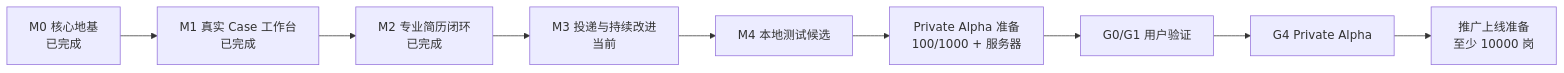
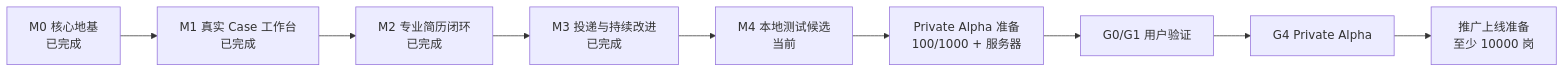
Before and after one commit to CodeVoyager21932/Aijob: the diagram in docs/06-mvp-roadmap.md, drawn with Mermaid. The commit also changed other lines of this file and 6 other files, not shown here.

```diff
--- a/docs/06-mvp-roadmap.md
+++ b/docs/06-mvp-roadmap.md
@@ -38,11 +35,11 @@
 ~~~mermaid
 flowchart LR
     M0["M0 核心地基<br/>已完成"] --> M1["M1 真实 Case 工作台<br/>已完成"]
     M1 --> M2["M2 专业简历闭环<br/>已完成"]
-    M2 --> M3["M3 投递与持续改进<br/>当前"]
-    M3 --> M4["M4 本地测试候选"]
+    M2 --> M3["M3 投递与持续改进<br/>已完成"]
+    M3 --> M4["M4 本地测试候选<br/>当前"]
     M4 --> A["Private Alpha 准备<br/>100/1000 + 服务器"]
     A --> V["G0/G1 用户验证"]
     V --> G4["G4 Private Alpha"]
     G4 --> L["推广上线准备<br/>至少 10000 岗"]
 ~~~
```
